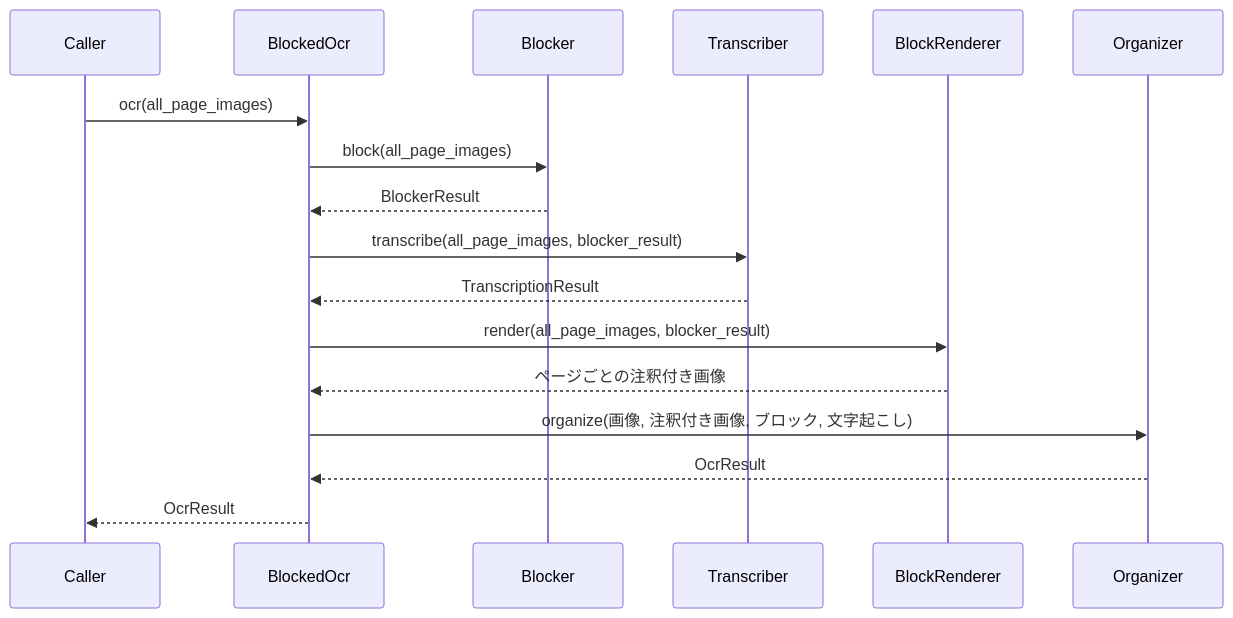
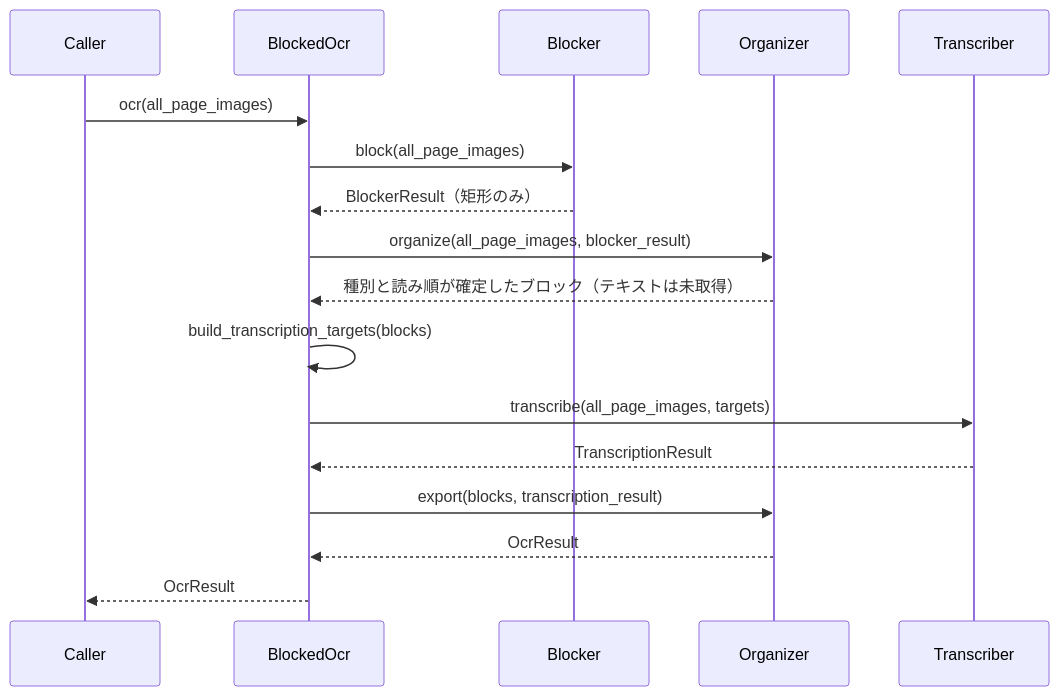
Before and after one commit to konbraphat51/SuperSuat: the second of 2 diagrams in Uploader/OcrModule/Blocked/Docs/BlockedOcr.ja.md, drawn with Mermaid. The commit also changed other lines of this file and 28 other files, not shown here.

````diff
--- a/Uploader/OcrModule/Blocked/Docs/BlockedOcr.ja.md
+++ b/Uploader/OcrModule/Blocked/Docs/BlockedOcr.ja.md
@@ -51,19 +46,19 @@
 ```mermaid
 sequenceDiagram
     participant Caller
     participant BlockedOcr
     participant Blocker
+    participant Organizer
     participant Transcriber
-    participant BlockRenderer
-    participant Organizer
     Caller->>BlockedOcr: ocr(all_page_images)
     BlockedOcr->>Blocker: block(all_page_images)
-    Blocker-->>BlockedOcr: BlockerResult
-    BlockedOcr->>Transcriber: transcribe(all_page_images, blocker_result)
+    Blocker-->>BlockedOcr: BlockerResult（矩形のみ）
+    BlockedOcr->>Organizer: organize(all_page_images, blocker_result)
+    Organizer-->>BlockedOcr: 種別と読み順が確定したブロック（テキストは未取得）
+    BlockedOcr->>BlockedOcr: build_transcription_targets(blocks)
+    BlockedOcr->>Transcriber: transcribe(all_page_images, targets)
     Transcriber-->>BlockedOcr: TranscriptionResult
-    BlockedOcr->>BlockRenderer: render(all_page_images, blocker_result)
-    BlockRenderer-->>BlockedOcr: ページごとの注釈付き画像
-    BlockedOcr->>Organizer: organize(画像, 注釈付き画像, ブロック, 文字起こし)
+    BlockedOcr->>Organizer: export(blocks, transcription_result)
     Organizer-->>BlockedOcr: OcrResult
     BlockedOcr-->>Caller: OcrResult
 ```
````
